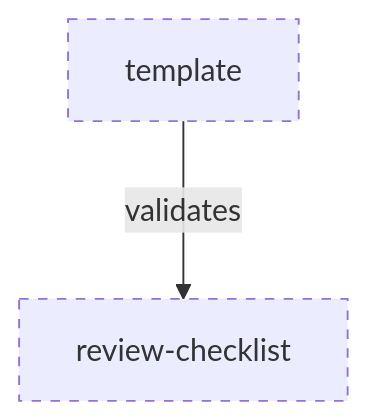
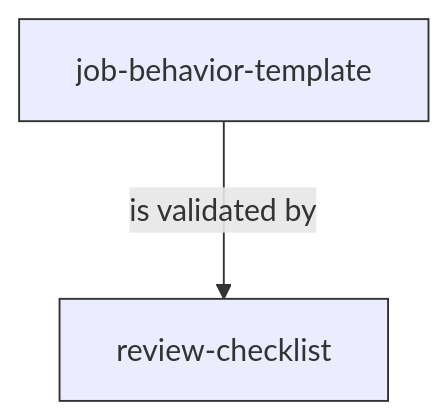
Before and after one commit to vrparthasarathy/migration-job-discovery: the diagram in job-behavior-template/README.md, drawn with Mermaid. The commit also changed other lines of this file and 5 other files, not shown here.

Commit message:
Build Job Behavior Template.

````diff
--- a/job-behavior-template/README.md
+++ b/job-behavior-template/README.md
@@ -59,10 +39,12 @@
 ```mermaid
 ---
 config:
   layout: elk
 ---
 %%{init: {"securityLevel": "loose"}}%%
 flowchart TB
-  tmpl["template"]:::planned -->|validates| chk["review-checklist"]:::planned
-  classDef planned stroke-dasharray: 5 5
+  tmpl["job-behavior-template"]:::file -->|"is validated by"| chk["review-checklist"]:::file
+  click tmpl "job-behavior-template.md"
+  click chk "review-checklist.md"
+  classDef file stroke:#333
 ```
````
